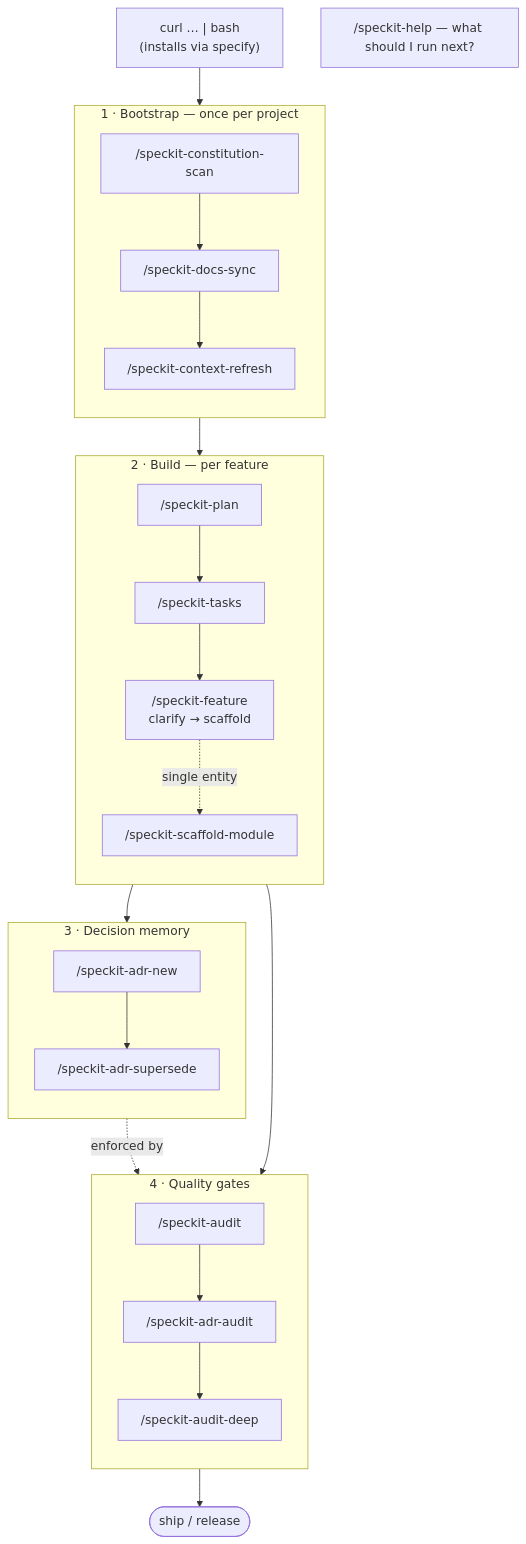
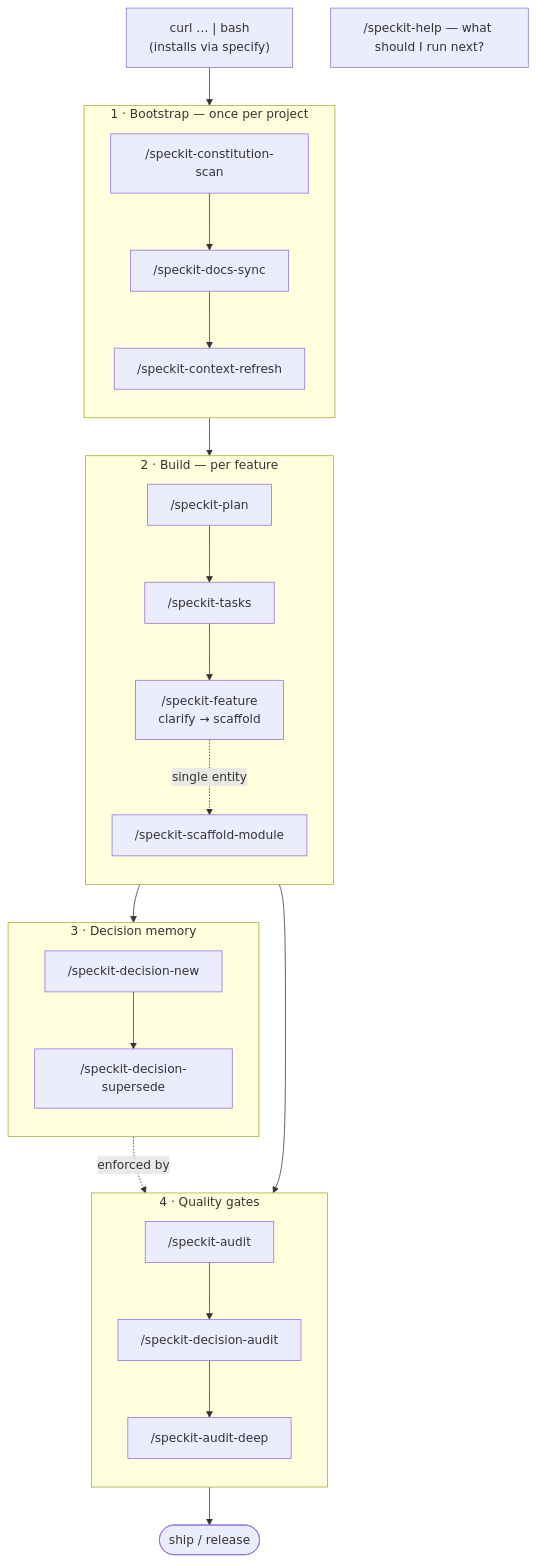
One commit to Satcomx00-x00/speckit-python changed the diagram in README.md. Above: the diagram before and after it, drawn with Mermaid. The commit also changed other lines of this file and 37 other files, not shown here.

First line of the commit message:
refactor: rename ADR commands to decision-* (de-jargon)

````diff
--- a/README.md
+++ b/README.md
@@ -59,33 +59,33 @@
 ```mermaid
 flowchart TD
     Start["curl … | bash<br/>(installs via specify)"] --> Scan
 
     subgraph BOOT["1 · Bootstrap — once per project"]
         direction TB
         Scan["/speckit-constitution-scan"] --> Docs["/speckit-docs-sync"] --> Ctx["/speckit-context-refresh"]
     end
 
     subgraph BUILD["2 · Build — per feature"]
         direction TB
         Plan["/speckit-plan"] --> Tasks["/speckit-tasks"] --> Feat["/speckit-feature<br/>clarify → scaffold"]
         Feat -. single entity .-> Mod["/speckit-scaffold-module"]
     end
 
     subgraph MEM["3 · Decision memory"]
         direction TB
-        ADRnew["/speckit-adr-new"] --> ADRsup["/speckit-adr-supersede"]
+        ADRnew["/speckit-decision-new"] --> ADRsup["/speckit-decision-supersede"]
     end
 
     subgraph QA["4 · Quality gates"]
         direction TB
-        Audit["/speckit-audit"] --> ADRaudit["/speckit-adr-audit"] --> Deep["/speckit-audit-deep"]
+        Audit["/speckit-audit"] --> ADRaudit["/speckit-decision-audit"] --> Deep["/speckit-audit-deep"]
     end
 
     Ctx --> Plan
     Feat --> ADRnew
     Feat --> Audit
     ADRnew -. enforced by .-> ADRaudit
     Deep --> Ship(["ship / release"])
 
     Help["/speckit-help — what should I run next?"]
 ```
````
